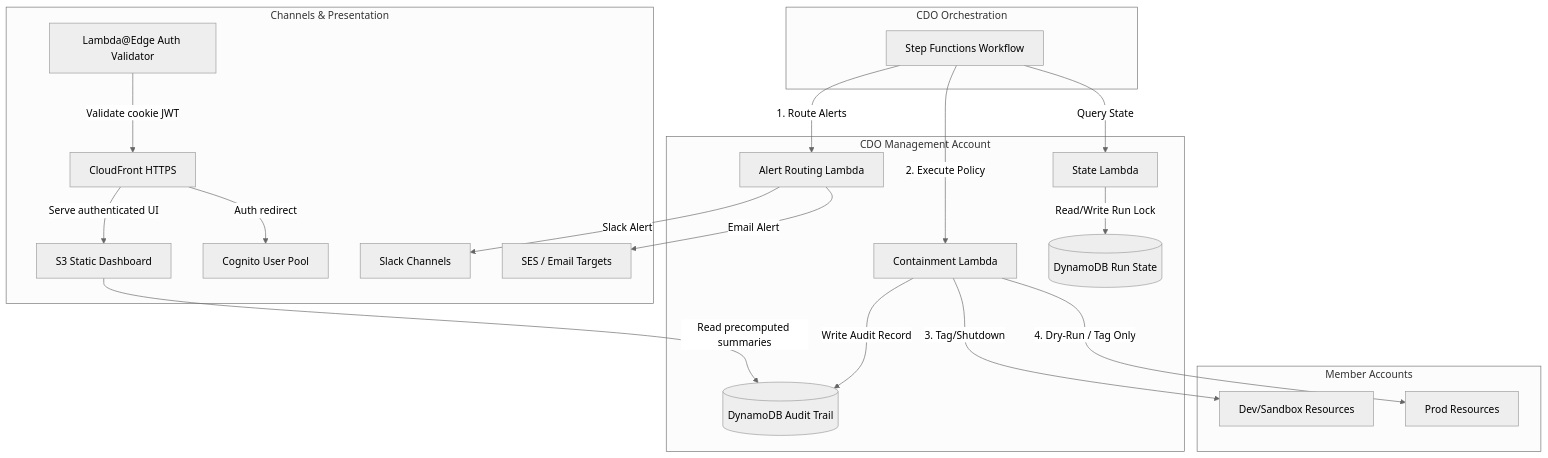
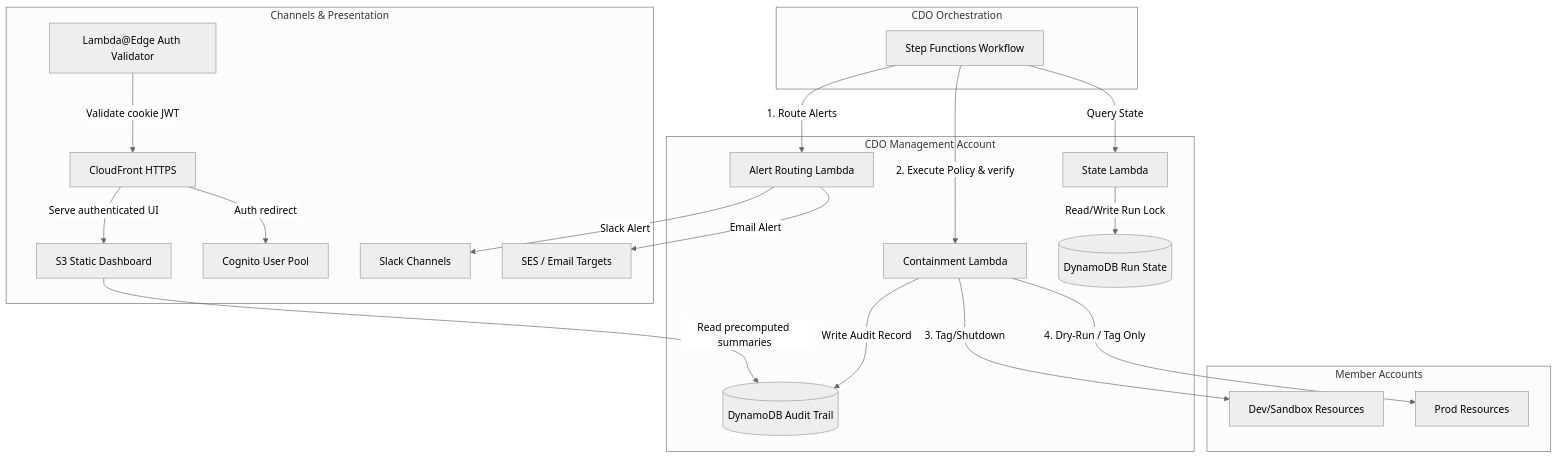
One commit to hungxqt/tf2-finops-docs changed the fifth of 6 diagrams in docs/tf2-finops/02_infra_design_vi.md. Above: the diagram before and after it, drawn with Mermaid (neutral theme). The commit also changed other lines of this file and 23 other files, not shown here.

````diff
--- a/docs/tf2-finops/02_infra_design_vi.md
+++ b/docs/tf2-finops/02_infra_design_vi.md
@@ -241,32 +243,32 @@
 ```mermaid
 graph TB
     subgraph "CDO Orchestration"
         SF[Step Functions Workflow]
     end
 
     subgraph "Member Accounts"
         DevSand[Dev/Sandbox Resources]
         Prod[Prod Resources]
     end
 
     subgraph "CDO Management Account"
         SF -->|1. Route Alerts| AlertLambda[Alert Routing Lambda]
-        SF -->|2. Execute Policy| ContLambda[Containment Lambda]
+        SF -->|2. Execute Policy & verify| ContLambda[Containment Lambda]
         
         StateLambda[State Lambda] -->|Read/Write Run Lock| StateDB[(DynamoDB Run State)]
         SF -->|Query State| StateLambda
         
         ContLambda -->|Write Audit Record| AuditDB[(DynamoDB Audit Trail)]
         ContLambda -->|3. Tag/Shutdown| DevSand
         ContLambda -->|4. Dry-Run / Tag Only| Prod
     end
 
     subgraph "Channels & Presentation"
         AlertLambda -->|Slack Alert| Slack[Slack Channels]
         AlertLambda -->|Email Alert| SES[SES / Email Targets]
         CloudFront[CloudFront HTTPS] -->|Serve authenticated UI| S3Dashboard2[S3 Static Dashboard]
         S3Dashboard2 -->|Read precomputed summaries| AuditDB
         CloudFront -->|Auth redirect| Cognito[Cognito User Pool]
         LambdaEdge["Lambda@Edge Auth Validator"] -->|Validate cookie JWT| CloudFront
     end
 ```
````
